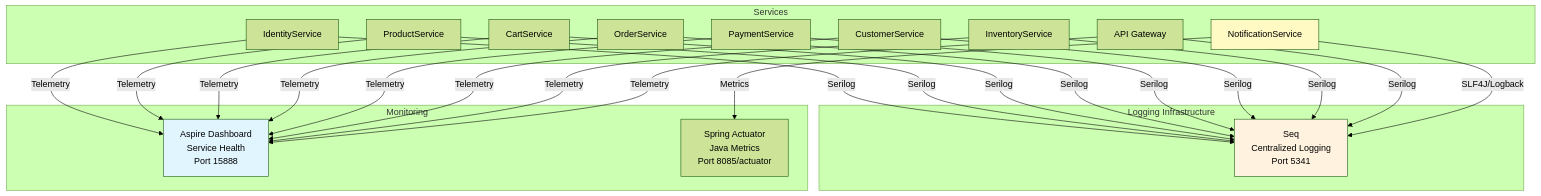
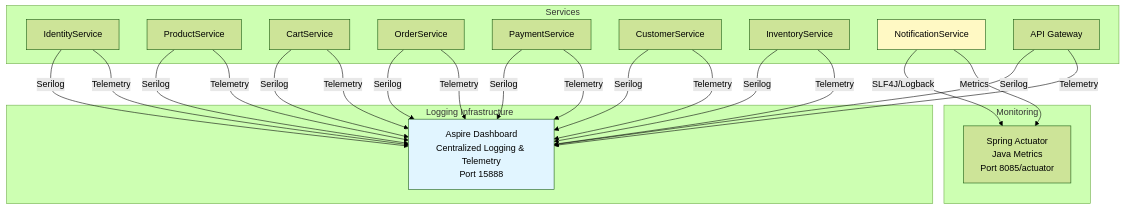
One commit to joriente/microservices changed diagram 14 of 15 in docs/Architecture-Diagrams.md. Above: the diagram before and after it, drawn with Mermaid (forest theme). The commit also changed other lines of this file and 12 other files, not shown here.

````diff
--- a/docs/Architecture-Diagrams.md
+++ b/docs/Architecture-Diagrams.md
@@ -640,33 +633,31 @@
 ```mermaid
 flowchart TB
     subgraph "Services"
         S1[IdentityService]
         S2[ProductService]
         S3[CartService]
         S4[OrderService]
         S5[PaymentService]
         S6[CustomerService]
         S7[InventoryService]
         S8[NotificationService]
         S9[API Gateway]
     end
     
     subgraph "Logging Infrastructure"
-        SEQ[Seq<br/>Centralized Logging<br/>Port 5341]
+        ASP[Aspire Dashboard<br/>Centralized Logging & Telemetry<br/>Port 15888]
     end
     
     subgraph "Monitoring"
-        ASP[Aspire Dashboard<br/>Service Health<br/>Port 15888]
         ACT[Spring Actuator<br/>Java Metrics<br/>Port 8085/actuator]
     end
     
-    S1 & S2 & S3 & S4 & S5 & S6 & S7 & S9 -->|Serilog| SEQ
-    S8 -->|SLF4J/Logback| SEQ
+    S1 & S2 & S3 & S4 & S5 & S6 & S7 & S9 -->|Serilog| ASP
+    S8 -->|SLF4J/Logback| ACT
     
     S1 & S2 & S3 & S4 & S5 & S6 & S7 & S9 -->|Telemetry| ASP
     S8 -->|Metrics| ACT
     
-    style SEQ fill:#fff3e0
     style ASP fill:#e1f5ff
     style S8 fill:#fff9c4
 ```
````
